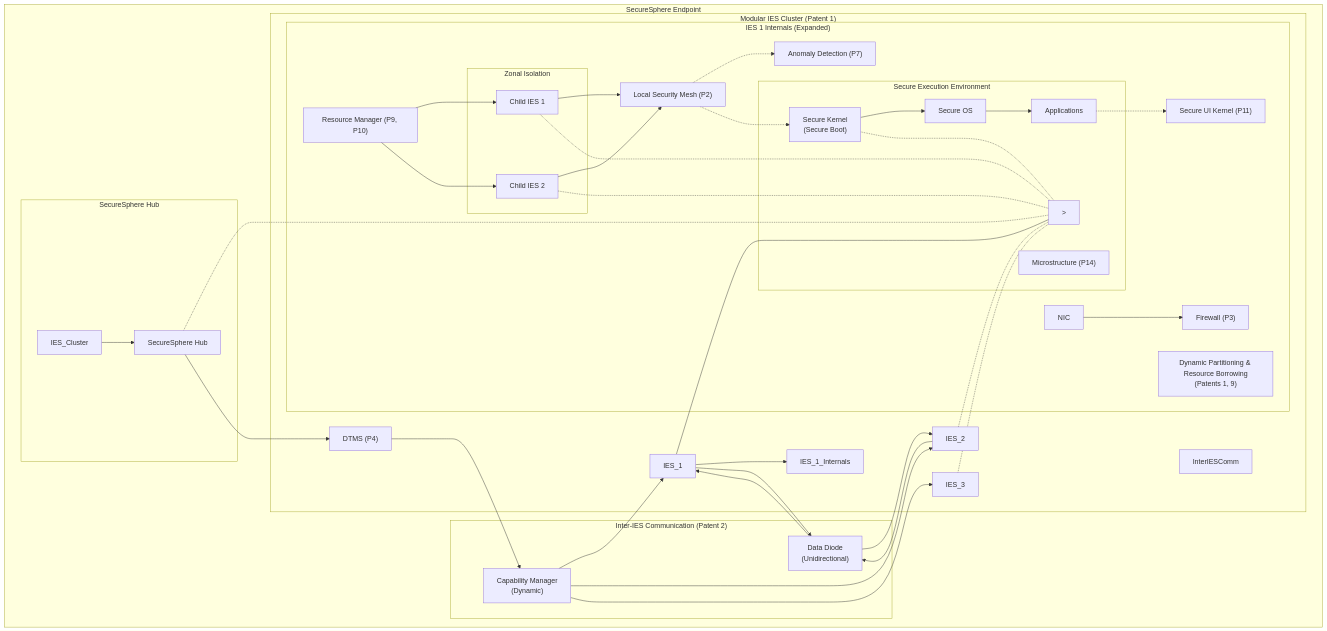
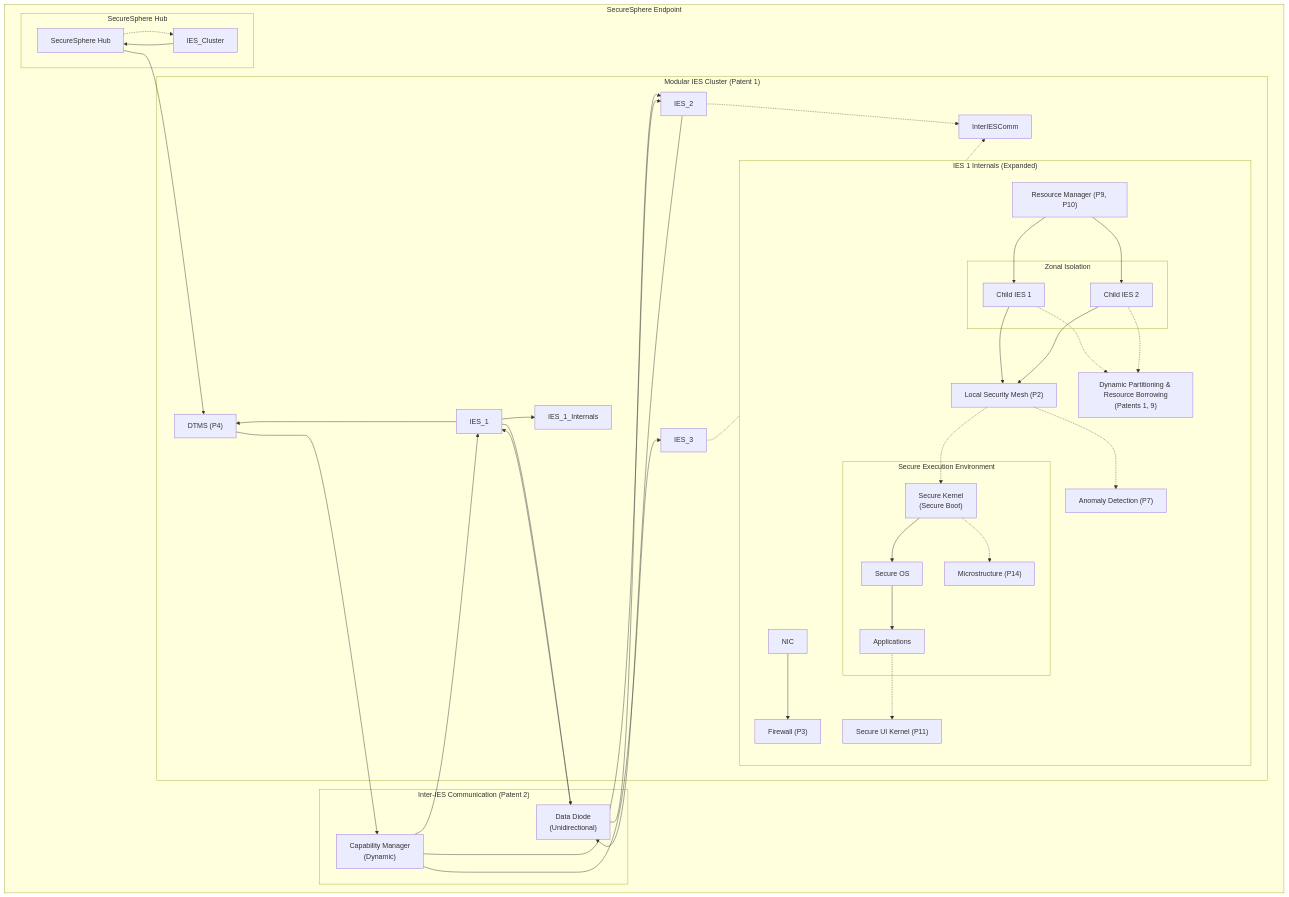
Before and after one commit to nshkrdotcom/ASKA: the seventh of 21 diagrams in 3.md, drawn with Mermaid. The commit also changed other lines of this file and 1 other file, not shown here.

````diff
--- a/3.md
+++ b/3.md
@@ -521,57 +521,57 @@
 ```mermaid
 graph
     subgraph "SecureSphere Endpoint"
         subgraph "Modular IES Cluster (Patent 1)"
             subgraph "IES 1 Internals (Expanded)"
                 subgraph "Zonal Isolation"
                     ChildIES1["Child IES 1"]
                     ChildIES2["Child IES 2"]
                 end
 
                 subgraph "Secure Execution Environment"
                     Kernel["Secure Kernel<br>(Secure Boot)"]
                     OS["Secure OS"]
                     Kernel --> OS --> Apps["Applications"]
-                    Kernel -.-&gt; Microstructure["Microstructure (P14)"]
+                    Kernel -.-> Microstructure["Microstructure (P14)"]
                 end
                 
                 LSM["Local Security Mesh (P2)"] -.-> AnomalyDetection["Anomaly Detection (P7)"]
                 LSM -.-> Kernel
                 ChildIES1 --> LSM
                 ChildIES2 --> LSM
                 RM["Resource Manager (P9, P10)"] --> ChildIES1
                 RM --> ChildIES2
-                ChildIES1 -.-&gt; DynamicPartitioning
-                ChildIES2 -.-&gt; DynamicPartitioning
+                ChildIES1 -.-> DynamicPartitioning
+                ChildIES2 -.-> DynamicPartitioning
                 DynamicPartitioning["Dynamic Partitioning & Resource Borrowing<br>(Patents 1, 9)"]
                 
                 NIC --> Firewall["Firewall (P3)"]
                 
                 Apps -.-> SecureUIKernel
                 SecureUIKernel["Secure UI Kernel (P11)"]
             end
             IES_1 --> IES_1_Internals
             
-            IES_2 -.-&gt; InterIESComm
-            IES_3 -.-&gt; InterIESComm
-            IES_1 ----&gt; DTMS["DTMS (P4)"]
+            IES_2 -.-> InterIESComm
+            IES_3 -.-> InterIESComm
+            IES_1 ----> DTMS["DTMS (P4)"]
         end
 
         subgraph "Inter-IES Communication (Patent 2)"
             DataDiode["Data Diode<br>(Unidirectional)"]
             CapManager["Capability Manager <br>(Dynamic)"]
             IES_1 --> DataDiode --> IES_2
             IES_2 --> DataDiode --> IES_1
             DTMS --> CapManager
             CapManager --> IES_1
             CapManager --> IES_2
             CapManager --> IES_3
         end
 
         subgraph "SecureSphere Hub"
-            Hub["SecureSphere Hub"] -.-&gt; IES_Cluster
+            Hub["SecureSphere Hub"] -.-> IES_Cluster
             Hub --> DTMS
         end
         IES_Cluster --> Hub
     end
 ```
````
